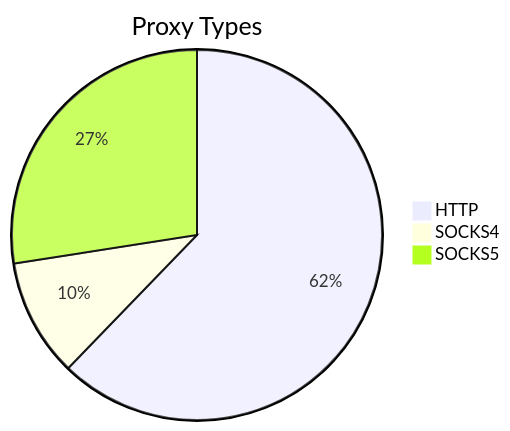
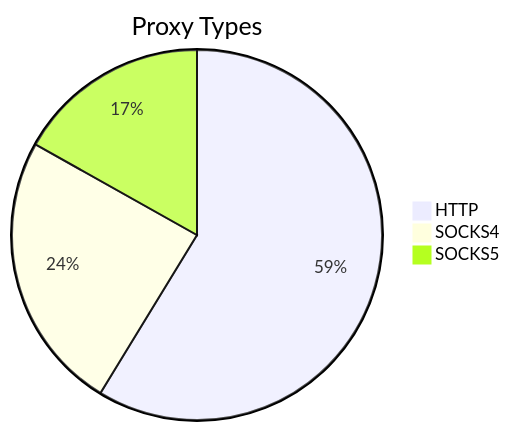
One commit to stormsia/proxy-list changed the first of 2 diagrams in README.md. Above: the diagram before and after it, drawn with Mermaid. The commit also changed other lines of this file, not shown here.

````diff
--- a/README.md
+++ b/README.md
@@ -21,6 +21,6 @@
 ```mermaid
 pie title Proxy Types
-    "HTTP" : 145
-    "SOCKS4" : 24
-    "SOCKS5" : 64
+    "HTTP" : 397
+    "SOCKS4" : 165
+    "SOCKS5" : 114
 ```
````
